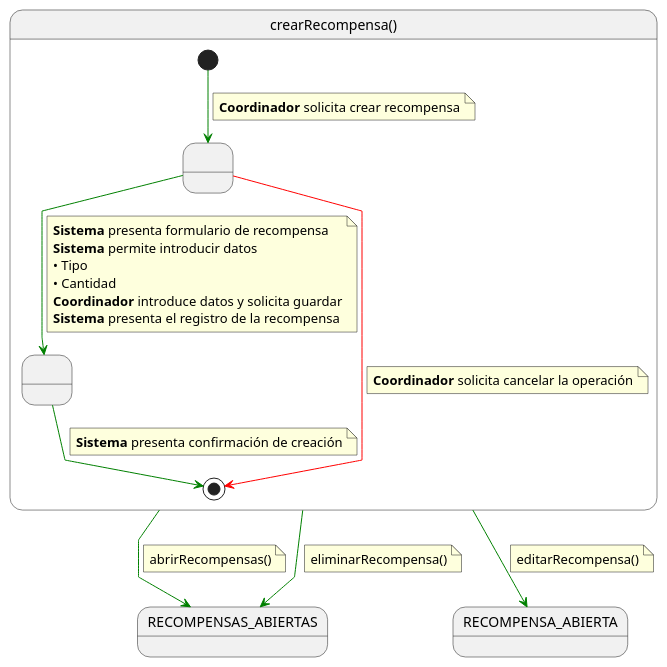
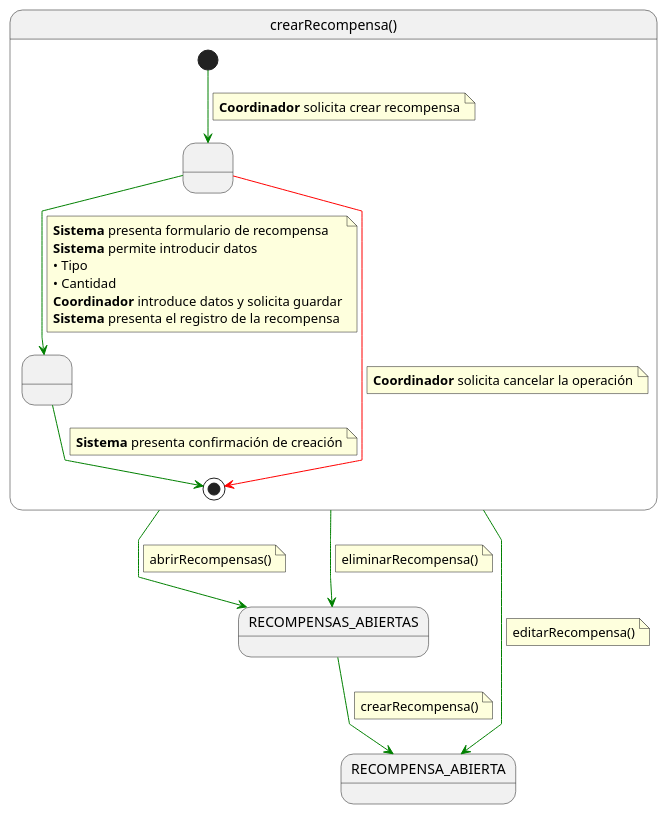
Before and after one commit to 31Diego/25-26-IdSw1-SdR: the diagram in documentación/CasosDeUso/Detalle/Coordinador/09-recompensas/crearRecompensa.puml, drawn with PlantUML. The commit also changed 95 other files, not shown here.

```diff
--- a/documentación/CasosDeUso/Detalle/Coordinador/09-recompensas/crearRecompensa.puml
+++ b/documentación/CasosDeUso/Detalle/Coordinador/09-recompensas/crearRecompensa.puml
@@ -1,55 +1,60 @@
 @startuml crearRecompensa
 
 skinparam linetype polyline
 
 state crearRecompensa as "crearRecompensa()" {
 
     state " " as IntroduciendoDatos
     state " " as RecompensaCreada
 
     [*] -[#green]-> IntroduciendoDatos
     note on link
     <b>Coordinador</b> solicita crear recompensa
     end note
 
     IntroduciendoDatos -[#green]-> RecompensaCreada
     note on link
     <b>Sistema</b> presenta formulario de recompensa
     <b>Sistema</b> permite introducir datos
     • Tipo
     • Cantidad
     <b>Coordinador</b> introduce datos y solicita guardar
     <b>Sistema</b> presenta el registro de la recompensa
     end note
 
     IntroduciendoDatos -[#red]-> [*]
     note on link
     <b>Coordinador</b> solicita cancelar la operación
     end note
 
     RecompensaCreada -[#green]-> [*]
     note on link
     <b>Sistema</b> presenta confirmación de creación
     end note
 }
 
+RECOMPENSAS_ABIERTAS -[#green]-> RECOMPENSA_ABIERTA
+note on link
+crearRecompensa()
+end note
+
 crearRecompensa -[#green]-> RECOMPENSAS_ABIERTAS
 note on link
 abrirRecompensas()
 end note
 
 crearRecompensa -[#green]-> RECOMPENSAS_ABIERTAS
 note on link
 eliminarRecompensa()
 end note
 
 
 crearRecompensa -[#green]-> RECOMPENSA_ABIERTA
 note on link
 editarRecompensa()
 end note
 
 
 
 
 @enduml
```
